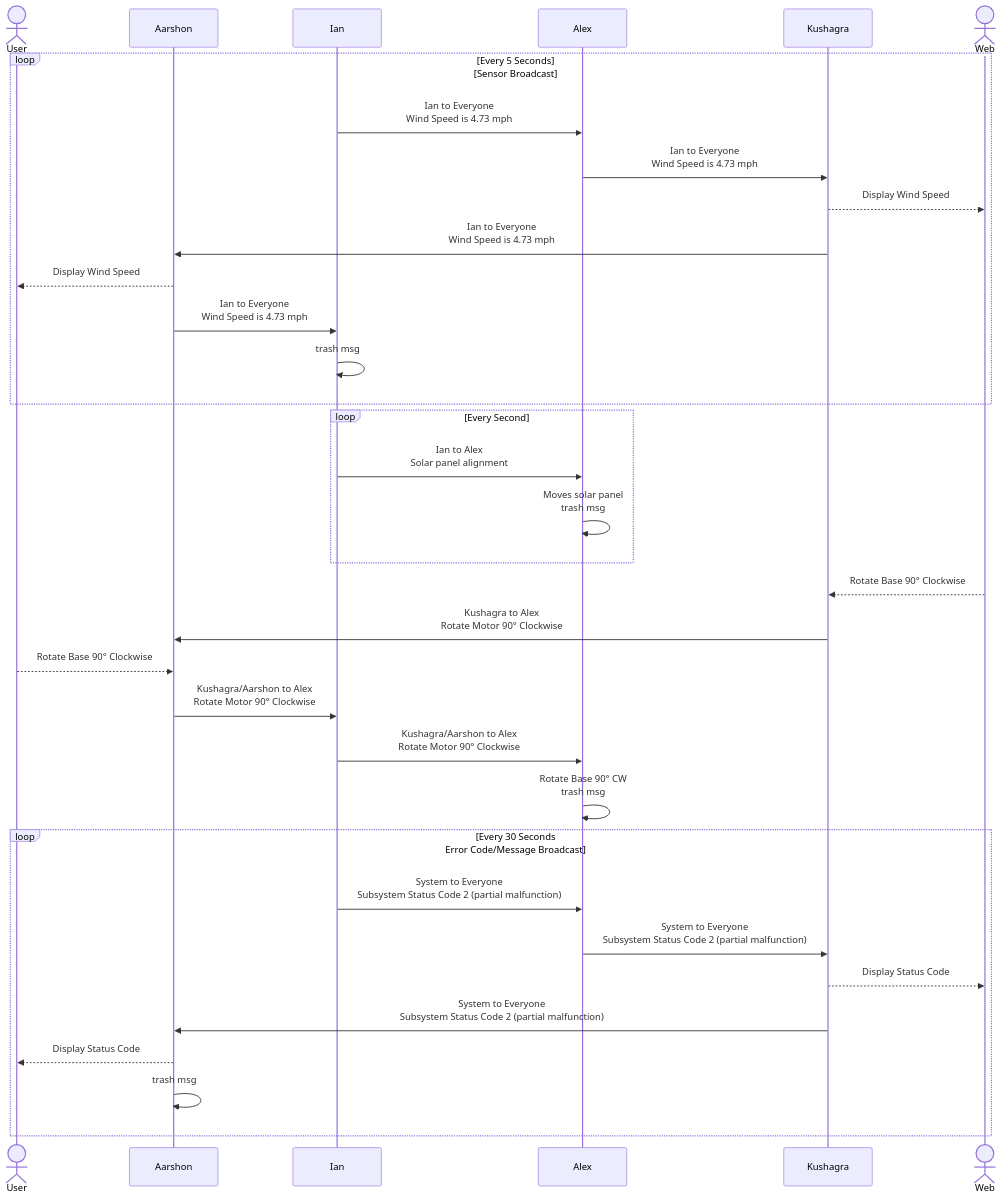
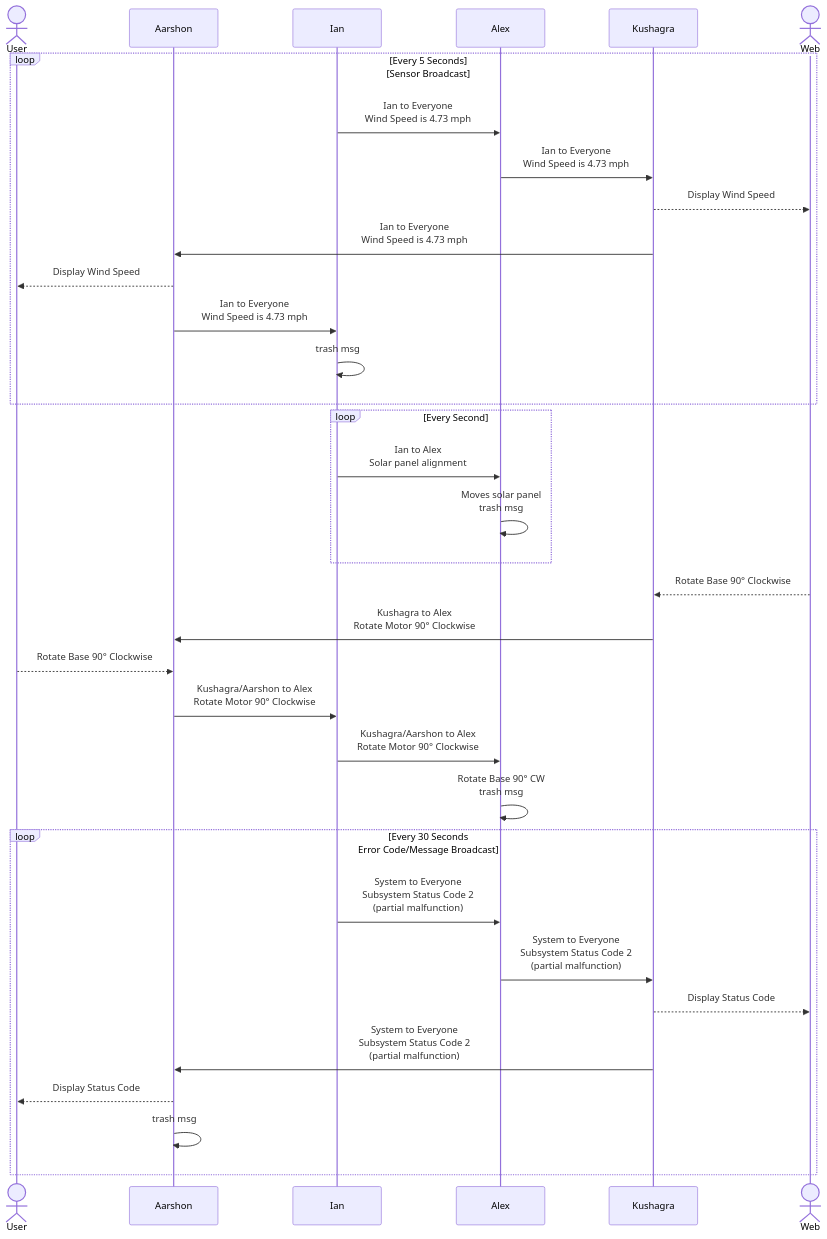
The diagram in docs/block.md (EGR314-2025-S-306/EGR314-Team306), drawn with Mermaid before and after one commit. The commit also changed other lines of this file and 4 other files, not shown here.

````diff
--- a/docs/block.md
+++ b/docs/block.md
@@ -45,39 +47,39 @@
 ``` mermaid
 sequenceDiagram
     actor u as User
     participant a as Aarshon
     participant i as Ian
     participant c as Alex
     participant k as Kushagra
     actor w as Web
 
     loop Every 5 Seconds]<br>[Sensor Broadcast
         i->>c: Ian to Everyone<br>Wind Speed is 4.73 mph
         c->>k: Ian to Everyone<br>Wind Speed is 4.73 mph
         k-->>w: Display Wind Speed
         k->>a: Ian to Everyone<br>Wind Speed is 4.73 mph
         a-->>u: Display Wind Speed
         a->>i: Ian to Everyone<br>Wind Speed is 4.73 mph
         i->>i: trash msg
     end
     loop Every Second
         i->>c: Ian to Alex<br>Solar panel alignment
         c->>c: Moves solar panel<br>trash msg
     end
 
     w-->>k: Rotate Base 90° Clockwise
     k->>a: Kushagra to Alex<br>Rotate Motor 90° Clockwise
     u-->>a: Rotate Base 90° Clockwise
     a->>i: Kushagra/Aarshon to Alex<br>Rotate Motor 90° Clockwise
     i->>c: Kushagra/Aarshon to Alex<br>Rotate Motor 90° Clockwise
     c->>c: Rotate Base 90° CW<br>trash msg
     
     loop Every 30 Seconds<br>Error Code/Message Broadcast
-        i->>c: System to Everyone<br>Subsystem Status Code 2 (partial malfunction)
-        c->>k: System to Everyone<br>Subsystem Status Code 2 (partial malfunction)
+        i->>c: System to Everyone<br>Subsystem Status Code 2<br>(partial malfunction)
+        c->>k: System to Everyone<br>Subsystem Status Code 2<br>(partial malfunction)
         k-->>w: Display Status Code
-        k->>a: System to Everyone<br>Subsystem Status Code 2 (partial malfunction)
+        k->>a: System to Everyone<br>Subsystem Status Code 2<br>(partial malfunction)
         a-->>u: Display Status Code
         a->>a: trash msg
     end
 ```
````
